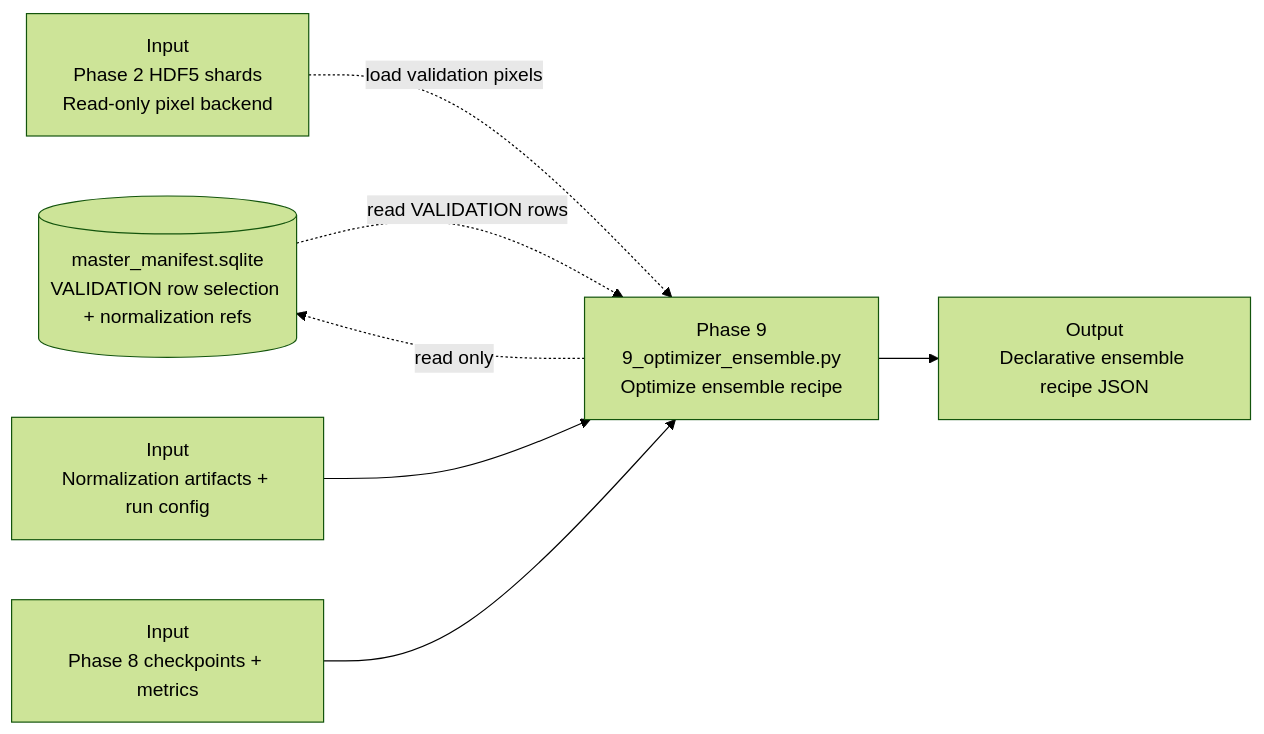
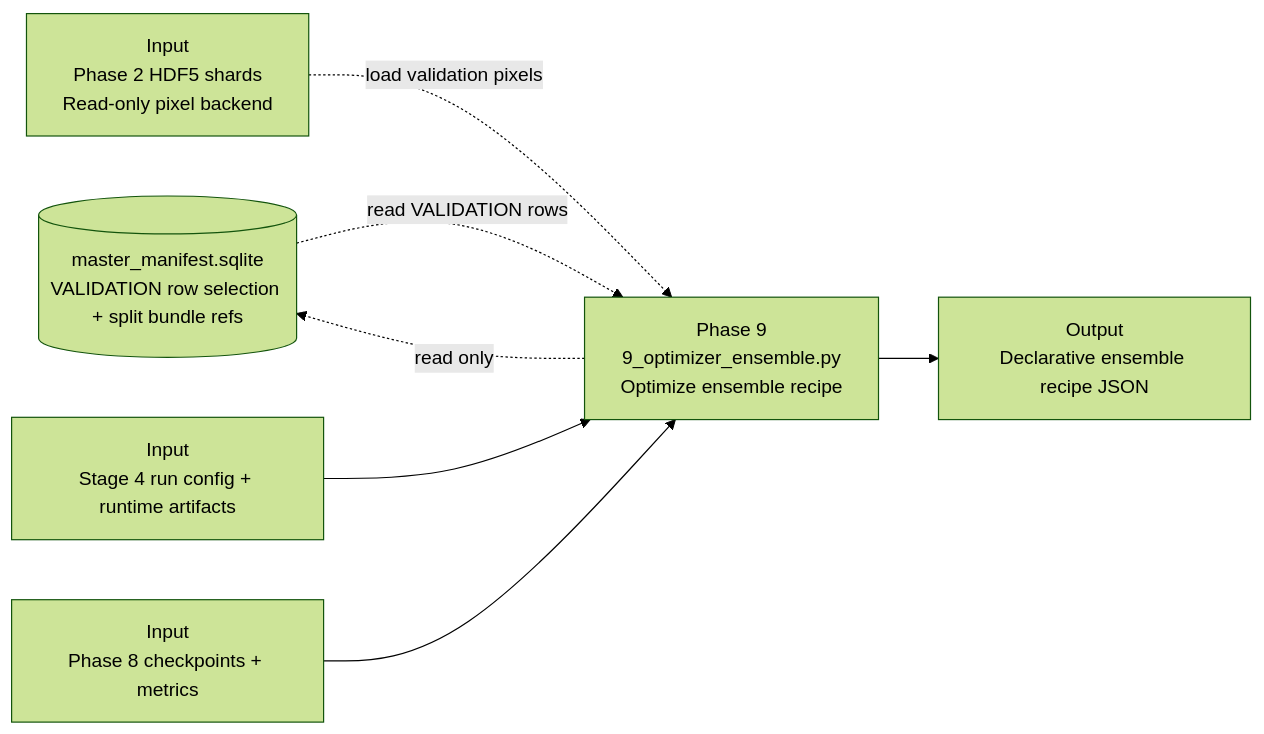
The diagram in MERMAID/phase_9_ensemble_optimization.mermaid (bhnunes/Master_Coding), drawn with Mermaid (forest theme) before and after one commit. The commit also changed 56 other files, not shown here.

First line of the commit message:
Add runtime normalization method handling and related tests

```diff
--- a/MERMAID/phase_9_ensemble_optimization.mermaid
+++ b/MERMAID/phase_9_ensemble_optimization.mermaid
@@ -1,14 +1,14 @@
 flowchart LR
-    manifest[(master_manifest.sqlite<br/>VALIDATION row selection + normalization refs)]
+    manifest[(master_manifest.sqlite<br/>VALIDATION row selection + split bundle refs)]
     shards[Input<br/>Phase 2 HDF5 shards<br/>Read-only pixel backend]
-    phase4_outputs[Input<br/>Normalization artifacts + run config]
+    phase4_outputs[Input<br/>Stage 4 run config + runtime artifacts]
     checkpoints[Input<br/>Phase 8 checkpoints + metrics]
     p9[Phase 9<br/>9_optimizer_ensemble.py<br/>Optimize ensemble recipe]
     recipe[Output<br/>Declarative ensemble recipe JSON]
 
     manifest -. read VALIDATION rows .-> p9
     shards -. load validation pixels .-> p9
     phase4_outputs --> p9
     checkpoints --> p9
     p9 --> recipe
     p9 -. read only .-> manifest
```
